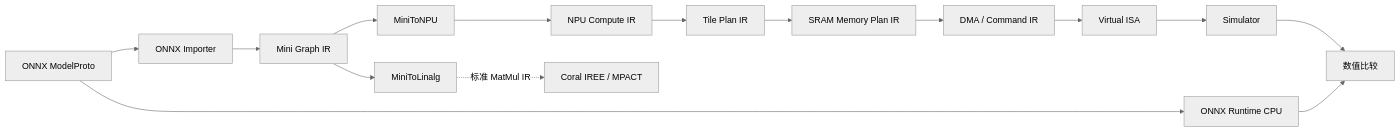
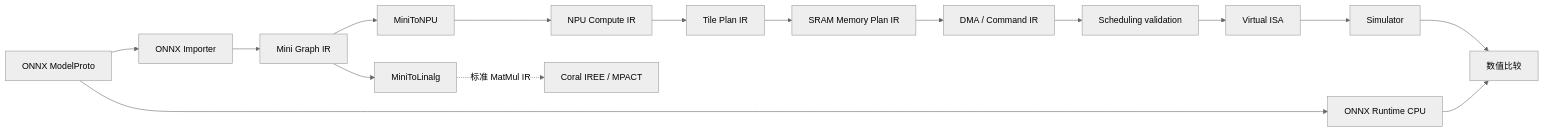
Before and after one commit to LP-780SVJ/MiniMLIRCompiler: the diagram in docs/npu/architecture.md, drawn with Mermaid (neutral theme). The commit also changed other lines of this file and 29 other files, not shown here.

````diff
--- a/docs/npu/architecture.md
+++ b/docs/npu/architecture.md
@@ -5,17 +5,18 @@
 ```mermaid
 flowchart LR
     Model[ONNX ModelProto] --> Import[ONNX Importer]
     Model --> ORT[ONNX Runtime CPU]
     Import --> Mini[Mini Graph IR]
     Mini --> Standard[MiniToLinalg]
     Mini --> NPU[MiniToNPU]
     NPU --> Compute[NPU Compute IR]
     Compute --> Tile[Tile Plan IR]
     Tile --> SRAM[SRAM Memory Plan IR]
     SRAM --> Command[DMA / Command IR]
-    Command --> ISA[Virtual ISA]
+    Command --> Schedule[Scheduling validation]
+    Schedule --> ISA[Virtual ISA]
     ISA --> Sim[Simulator]
     Sim --> Compare[数值比较]
     ORT --> Compare
     Standard -. 标准 MatMul IR .-> Coral[Coral IREE / MPACT]
 ```
````
